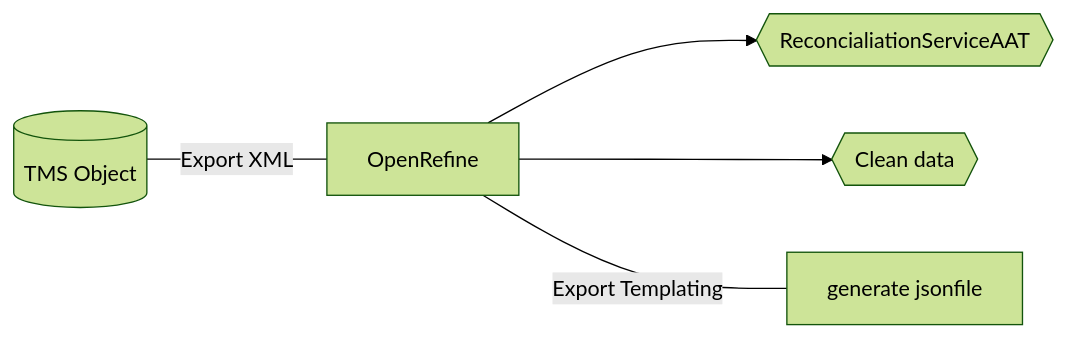
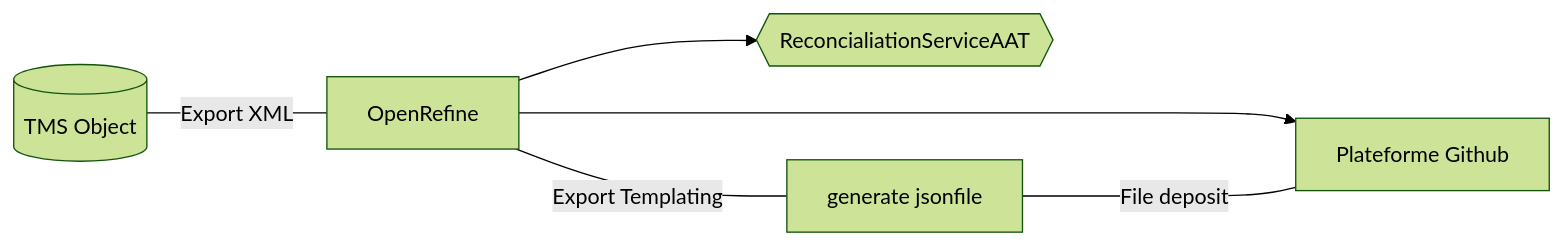
One commit to antoinecourtin/VanGoghDataproject changed the diagram in README.md. Above: the diagram before and after it, drawn with Mermaid (forest theme).

````diff
--- a/README.md
+++ b/README.md
@@ -19,7 +19,8 @@
 ```mermaid
   graph LR;
      A[(TMS Object)]-- Export XML --- B[OpenRefine]
      B --> C{{ReconcialiationServiceAAT}}
      B --> E{{Clean data}}
      B -- Export Templating --- D[generate jsonfile]
+     D -- File deposit ---- E[Plateforme Github]
 ```
````
